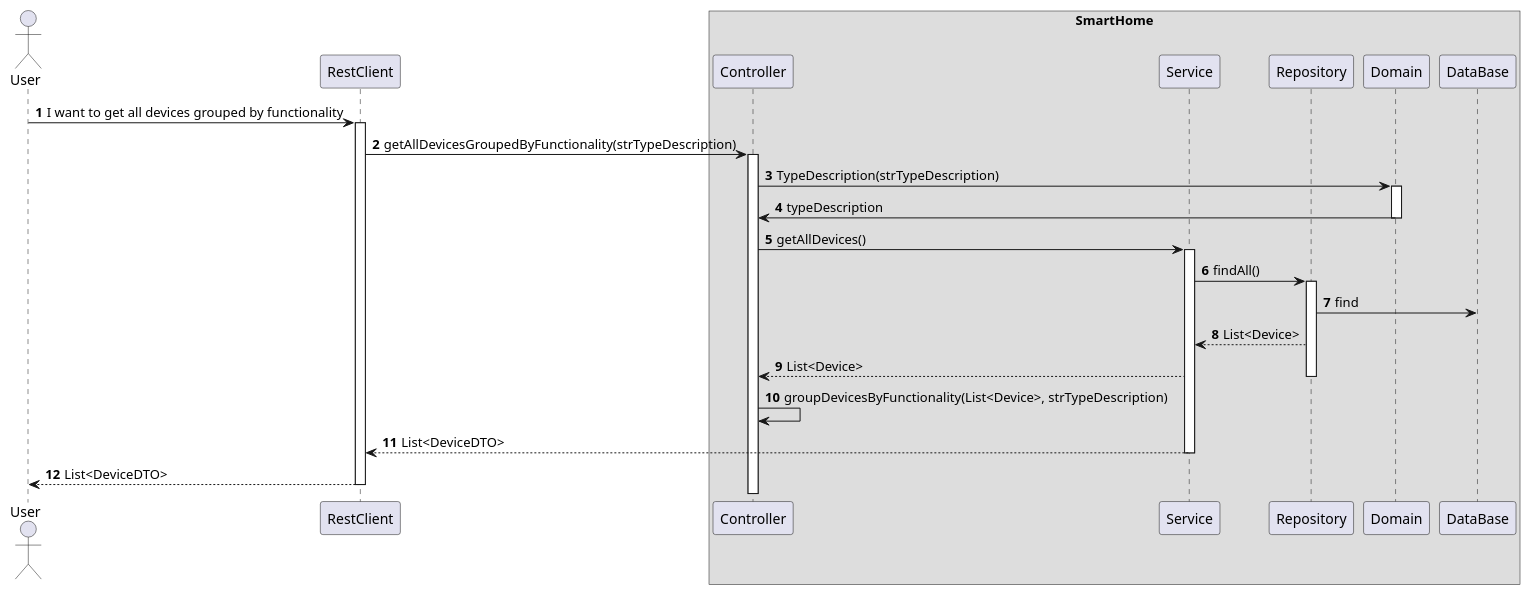
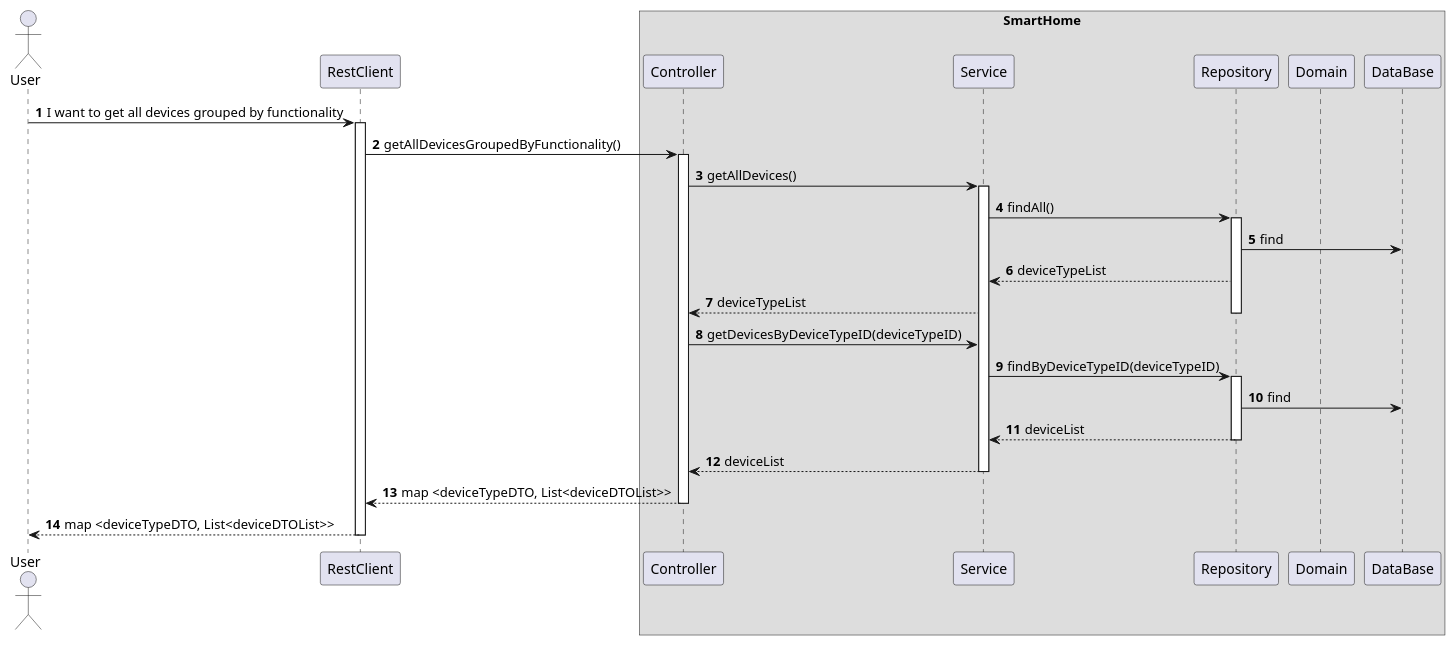
The diagram in docs/ooa/C4_4plus1_models/Level4/ProcessView/ProcessViewLevel4_UC09.puml (olivDiogo/SmartHome), drawn with PlantUML before and after one commit. The commit also changed 1 other file, not shown here.

```diff
--- a/docs/ooa/C4_4plus1_models/Level4/ProcessView/ProcessViewLevel4_UC09.puml
+++ b/docs/ooa/C4_4plus1_models/Level4/ProcessView/ProcessViewLevel4_UC09.puml
@@ -1,55 +1,62 @@
 @startuml
 'https://plantuml.com/sequence-diagram
 !pragma layout smetana
 
 autonumber
 
 actor "User" as User
 participant "RestClient" as RC
 
 box "SmartHome"
     participant "Controller" as CTRL
     participant "Service" as SV
     participant "Repository" as REPO
     participant "Domain" as DOM
     participant "DataBase" as BD
 end box
 
 
 User -> RC : I want to get all devices grouped by functionality
 activate RC
 
 
-RC -> CTRL: getAllDevicesGroupedByFunctionality(strTypeDescription)
+RC -> CTRL: getAllDevicesGroupedByFunctionality()
 activate CTRL
 
-CTRL -> DOM : TypeDescription(strTypeDescription)
-activate DOM
-
-DOM -> CTRL : typeDescription
-deactivate DOM
 
 CTRL -> SV: getAllDevices()
 activate SV
 
 SV -> REPO : findAll()
 activate REPO
 
 REPO -> BD : find
 
-REPO --> SV : List<Device>
+REPO --> SV : deviceTypeList
 deactivate BD
 
-SV --> CTRL : List<Device>
+SV --> CTRL : deviceTypeList
+
 deactivate REPO
 
-CTRL -> CTRL : groupDevicesByFunctionality(List<Device>, strTypeDescription)
+CTRL -> SV : getDevicesByDeviceTypeID(deviceTypeID)
 
-SV --> RC : List<DeviceDTO>
+SV -> REPO : findByDeviceTypeID(deviceTypeID)
+activate REPO
+
+REPO -> BD : find
+
+REPO --> SV : deviceList
+deactivate REPO
+
+SV --> CTRL : deviceList
 deactivate SV
 
-RC --> User : List<DeviceDTO>
+CTRL --> RC : map <deviceTypeDTO, List<deviceDTOList>>
+deactivate CTRL
+
+RC --> User : map <deviceTypeDTO, List<deviceDTOList>>
 deactivate RC
 
 
 @enduml
```
